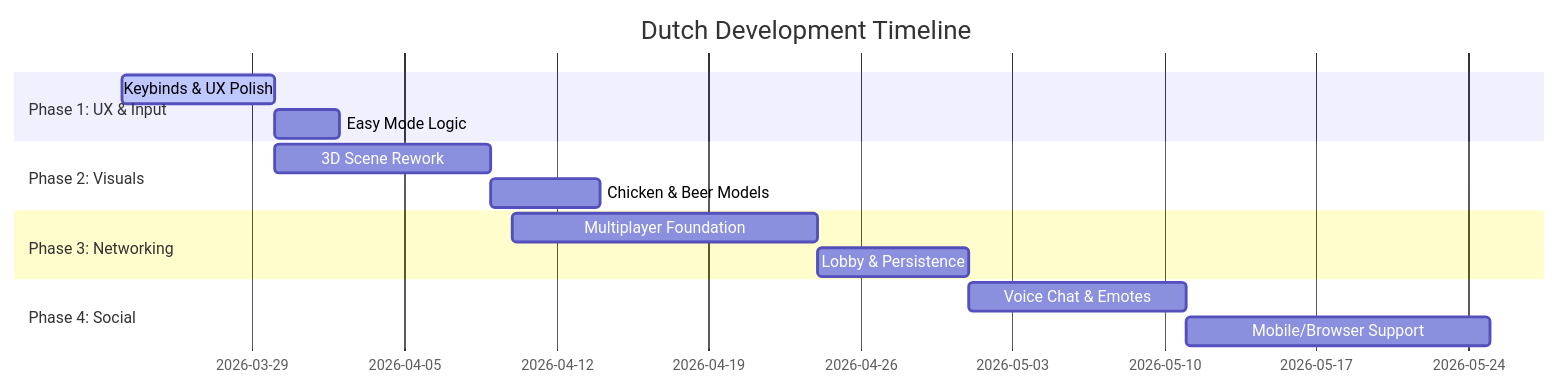
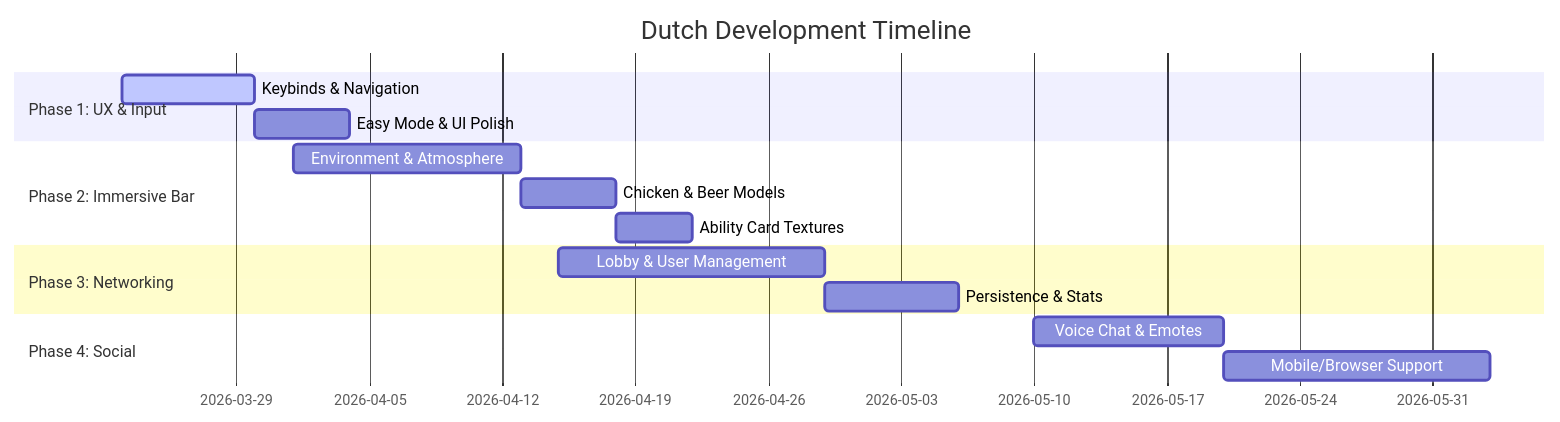
Before and after one commit to DinVin24/dutch: the diagram in ROADMAP.md, drawn with Mermaid. The commit also changed other lines of this file and 1 other file, not shown here.

Commit message:
feat: Update roadmap and user stories to reflect an immersive bar theme, refined UX, networking, and persistence features.

````diff
--- a/ROADMAP.md
+++ b/ROADMAP.md
@@ -6,17 +6,18 @@
 ```mermaid
 gantt
     title Dutch Development Timeline
     dateFormat  YYYY-MM-DD
     section Phase 1: UX & Input
-    Keybinds & UX Polish   :active, des1, 2026-03-23, 7d
-    Easy Mode Logic        :des2, after des1, 3d
-    section Phase 2: Visuals
-    3D Scene Rework        :des3, 2026-03-30, 10d
-    Chicken & Beer Models  :des4, after des3, 5d
+    Keybinds & Navigation    :active, des1, 2026-03-23, 7d
+    Easy Mode & UI Polish     :des2, after des1, 5d
+    section Phase 2: Immersive Bar
+    Environment & Atmosphere :des3, 2026-04-01, 12d
+    Chicken & Beer Models    :des4, after des3, 5d
+    Ability Card Textures    :des5, after des4, 4d
     section Phase 3: Networking
-    Multiplayer Foundation :des5, 2026-04-10, 14d
-    Lobby & Persistence    :des6, after des5, 7d
+    Lobby & User Management  :des6, 2026-04-15, 14d
+    Persistence & Stats      :des7, after des6, 7d
     section Phase 4: Social
-    Voice Chat & Emotes    :des7, 2026-05-01, 10d
-    Mobile/Browser Support :des8, after des7, 14d
+    Voice Chat & Emotes      :des8, 2026-05-10, 10d
+    Mobile/Browser Support   :des9, after des8, 14d
 ```
````
